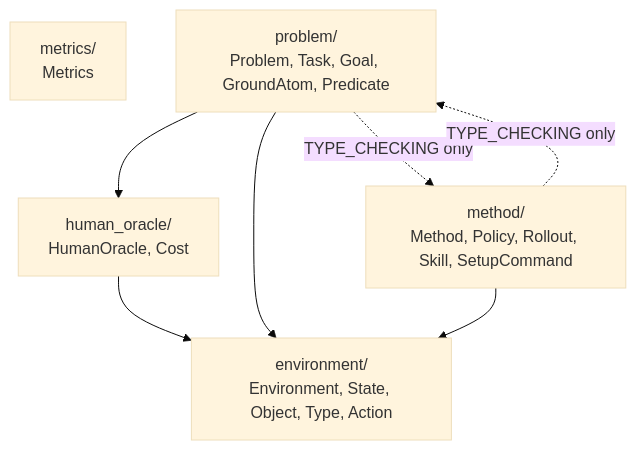
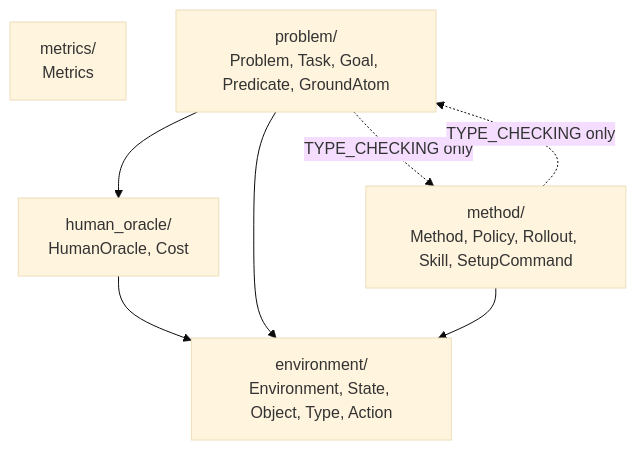
One commit to joshnroy/human-in-the-loop-practice-makes-perfect changed the diagram in src/hitl_pmp/core/README.md. Above: the diagram before and after it, drawn with Mermaid (base theme). The commit also changed other lines of this file and 6 other files, not shown here.

First line of the commit message:
Drop unneeded model_rebuild(), fix Predicate/GroundAtom order, rename simulate->step, add hard_reset

````diff
--- a/src/hitl_pmp/core/README.md
+++ b/src/hitl_pmp/core/README.md
@@ -103,15 +105,15 @@
 ```mermaid
 graph TD
     environment["environment/<br/>Environment, State, Object, Type, Action"]
     human_oracle["human_oracle/<br/>HumanOracle, Cost"]
     metrics["metrics/<br/>Metrics"]
-    problem["problem/<br/>Problem, Task, Goal, GroundAtom, Predicate"]
+    problem["problem/<br/>Problem, Task, Goal, Predicate, GroundAtom"]
     method["method/<br/>Method, Policy, Rollout, Skill, SetupCommand"]
 
     human_oracle --> environment
     problem --> environment
     problem --> human_oracle
     method --> environment
     problem -.->|TYPE_CHECKING only| method
     method -.->|TYPE_CHECKING only| problem
 ```
````
